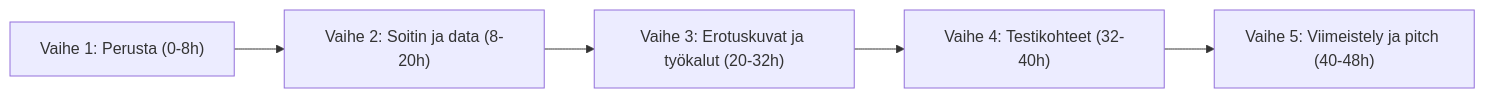
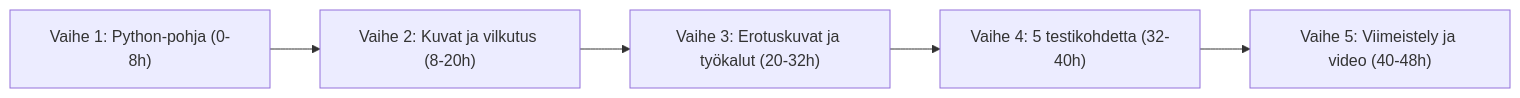
Before and after one commit to TEEPERUNA/PlanetXSPHEREx: the second of 2 diagrams in PLAN.md, drawn with Mermaid. The commit also changed other lines of this file, not shown here.

Commit message:
docs: päivitä projektisuunnitelma Python-arkkitehtuurille

````diff
--- a/PLAN.md
+++ b/PLAN.md
@@ -80,7 +78,7 @@
 ```mermaid
 flowchart LR
-    P1["Vaihe 1: Perusta (0-8h)"] --> P2["Vaihe 2: Soitin ja data (8-20h)"]
+    P1["Vaihe 1: Python-pohja (0-8h)"] --> P2["Vaihe 2: Kuvat ja vilkutus (8-20h)"]
     P2 --> P3["Vaihe 3: Erotuskuvat ja työkalut (20-32h)"]
-    P3 --> P4["Vaihe 4: Testikohteet (32-40h)"]
-    P4 --> P5["Vaihe 5: Viimeistely ja pitch (40-48h)"]
+    P3 --> P4["Vaihe 4: 5 testikohdetta (32-40h)"]
+    P4 --> P5["Vaihe 5: Viimeistely ja video (40-48h)"]
 ```
````
